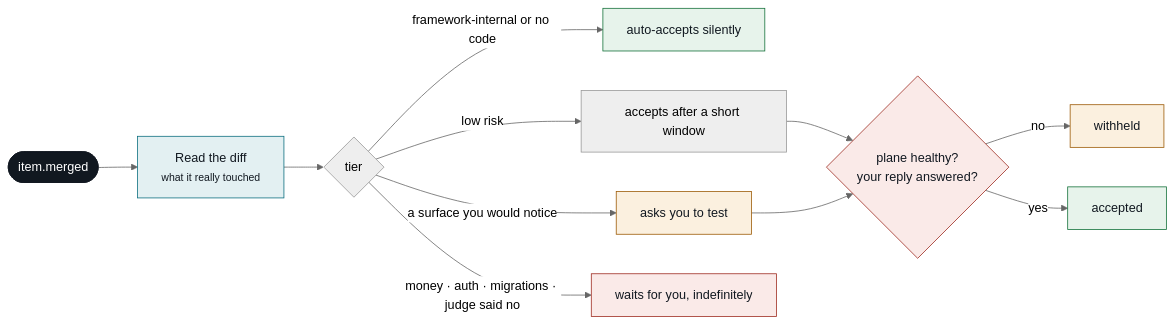
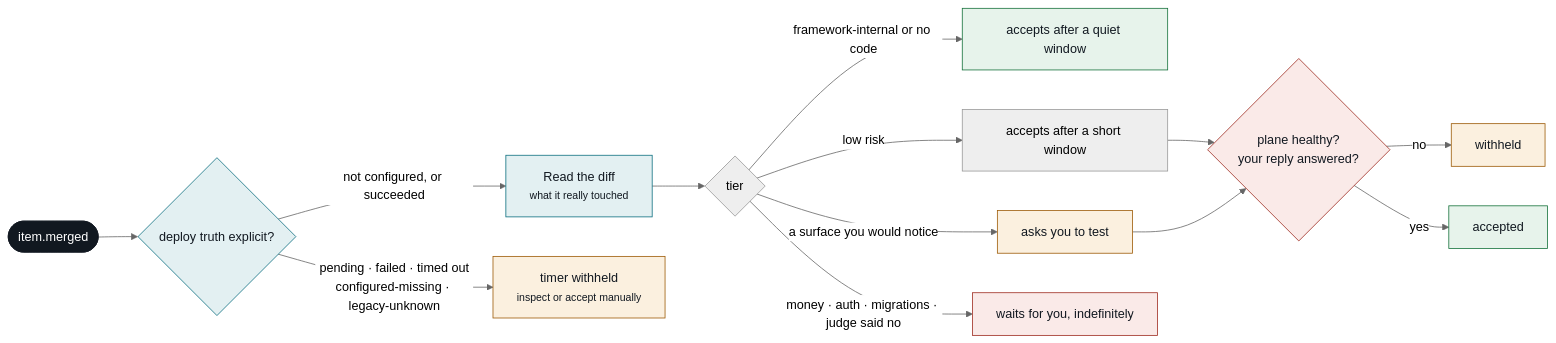
One commit to MrChikns/loopkit changed the ninth of 11 diagrams in docs/plane-flows.md. Above: the diagram before and after it, drawn with Mermaid (neutral theme). The commit also changed other lines of this file and 10 other files, not shown here.

Commit message:
fix(console): align operating truth with deploy lifecycle

````diff
--- a/docs/plane-flows.md
+++ b/docs/plane-flows.md
@@ -505,24 +505,26 @@
 ```mermaid
 flowchart LR
-  M(["item.merged"]) --> READ["Read the diff<br/><small>what it really touched</small>"]
+  M(["item.merged"]) --> DEPLOY{"deploy truth explicit?"}
+  DEPLOY -->|"not configured, or succeeded"| READ["Read the diff<br/><small>what it really touched</small>"]
+  DEPLOY -->|"pending · failed · timed out<br/>configured-missing · legacy-unknown"| DHOLD["timer withheld<br/><small>inspect or accept manually</small>"]
   READ --> T{"tier"}
-  T -->|framework-internal or no code| A1["auto-accepts silently"]
+  T -->|framework-internal or no code| A1["accepts after a quiet window"]
   T -->|low risk| A2["accepts after a short window"]
   T -->|a surface you would notice| A3["asks you to test"]
   T -->|money · auth · migrations · judge said no| A4["waits for you, indefinitely"]
   A2 --> GATE{"plane healthy?<br/>your reply answered?"}
   A3 --> GATE
   GATE -->|no| HOLD["withheld"]
   GATE -->|yes| OK["accepted"]
 
   classDef term fill:#111820,stroke:#111820,color:#ffffff
   classDef step fill:#E3F0F2,stroke:#0B6E7F,color:#111820
   classDef pass fill:#E7F3EB,stroke:#14713A,color:#111820
   classDef hold fill:#FBF0DF,stroke:#9C5A06,color:#111820
   classDef stop fill:#FAEAE8,stroke:#9E2B20,color:#111820
   class M term
-  class READ step
+  class READ,DEPLOY step
   class A1,OK pass
-  class A3,HOLD hold
+  class A3,HOLD,DHOLD hold
   class A4,GATE stop
 ```
````
